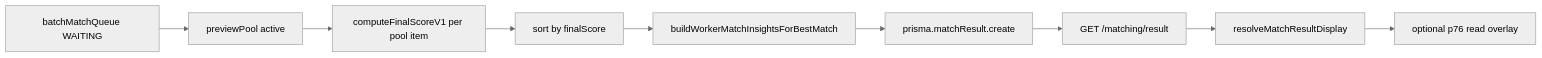
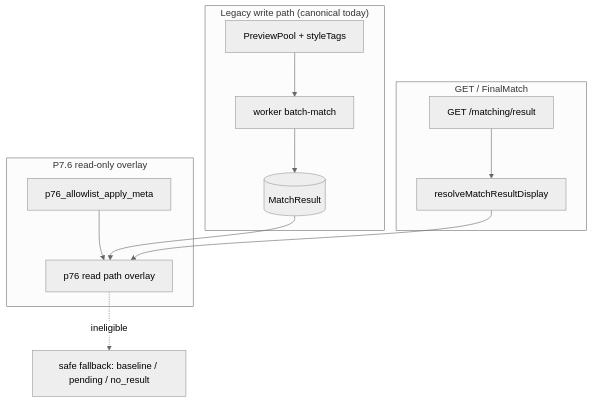
One commit to EdKevinShown/Peima changed the first of 2 diagrams in docs/P7/P7.10-r3-p76-canonical-writer-design.md. Above: the diagram before and after it, drawn with Mermaid (neutral theme). The commit also changed other lines of this file, not shown here.

Commit message:
docs: design P7.10 P7.6 canonical writer

````diff
--- a/docs/P7/P7.10-r3-p76-canonical-writer-design.md
+++ b/docs/P7/P7.10-r3-p76-canonical-writer-design.md
@@ -110,11 +39,25 @@
 ```mermaid
-flowchart LR
-  Q[batchMatchQueue WAITING] --> P[previewPool active]
-  P --> S[computeFinalScoreV1 per pool item]
-  S --> B[sort by finalScore]
-  B --> I[buildWorkerMatchInsightsForBestMatch]
-  I --> MR[prisma.matchResult.create]
-  MR --> GET[GET /matching/result]
-  GET --> R[resolveMatchResultDisplay]
-  R --> O[optional p76 read overlay]
+flowchart TB
+  subgraph legacy_write["Legacy write path (canonical today)"]
+    PP[PreviewPool + styleTags]
+    BM[worker batch-match]
+    MR[(MatchResult)]
+    PP --> BM --> MR
+  end
+
+  subgraph p76_read["P7.6 read-only overlay"]
+    SC[p76_allowlist_apply_meta]
+    RP[p76 read path overlay]
+    SC --> RP
+    MR --> RP
+  end
+
+  subgraph get_path["GET / FinalMatch"]
+    GET[GET /matching/result]
+    R[resolveMatchResultDisplay]
+    GET --> R --> RP
+  end
+
+  FB[safe fallback: baseline / pending / no_result]
+  RP -.->|ineligible| FB
 ```
````
